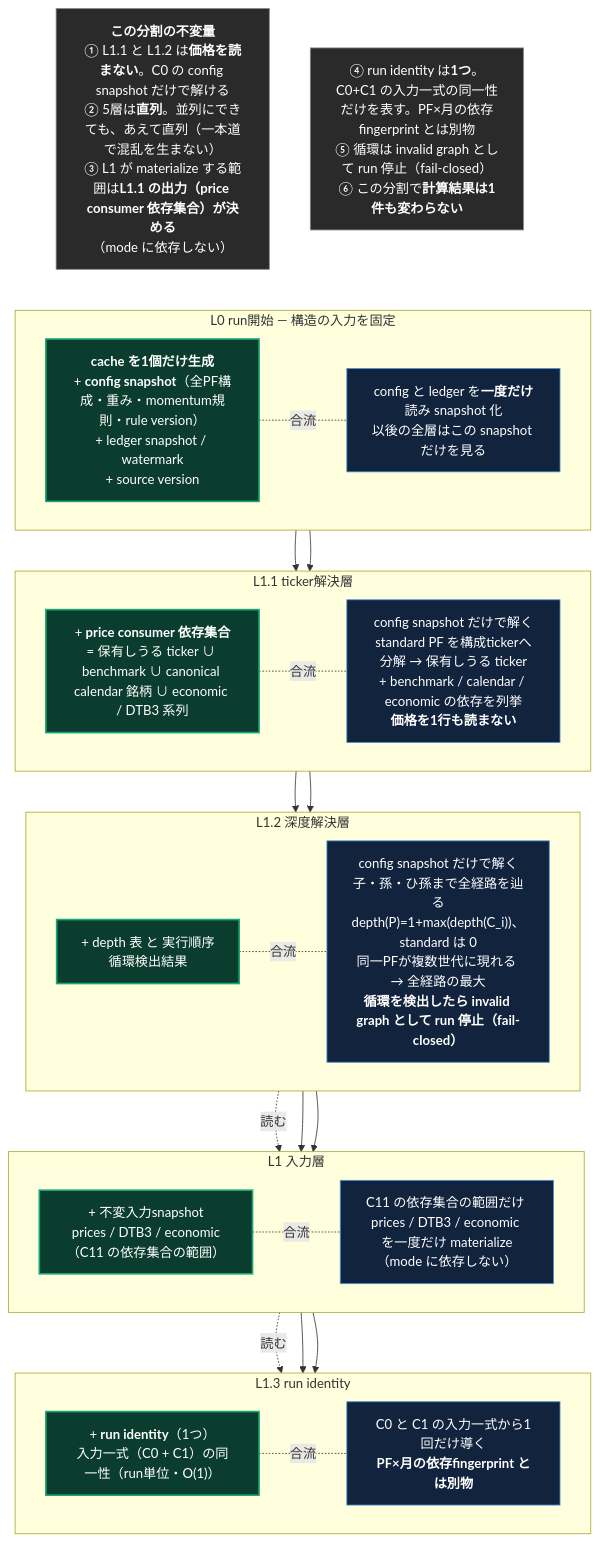
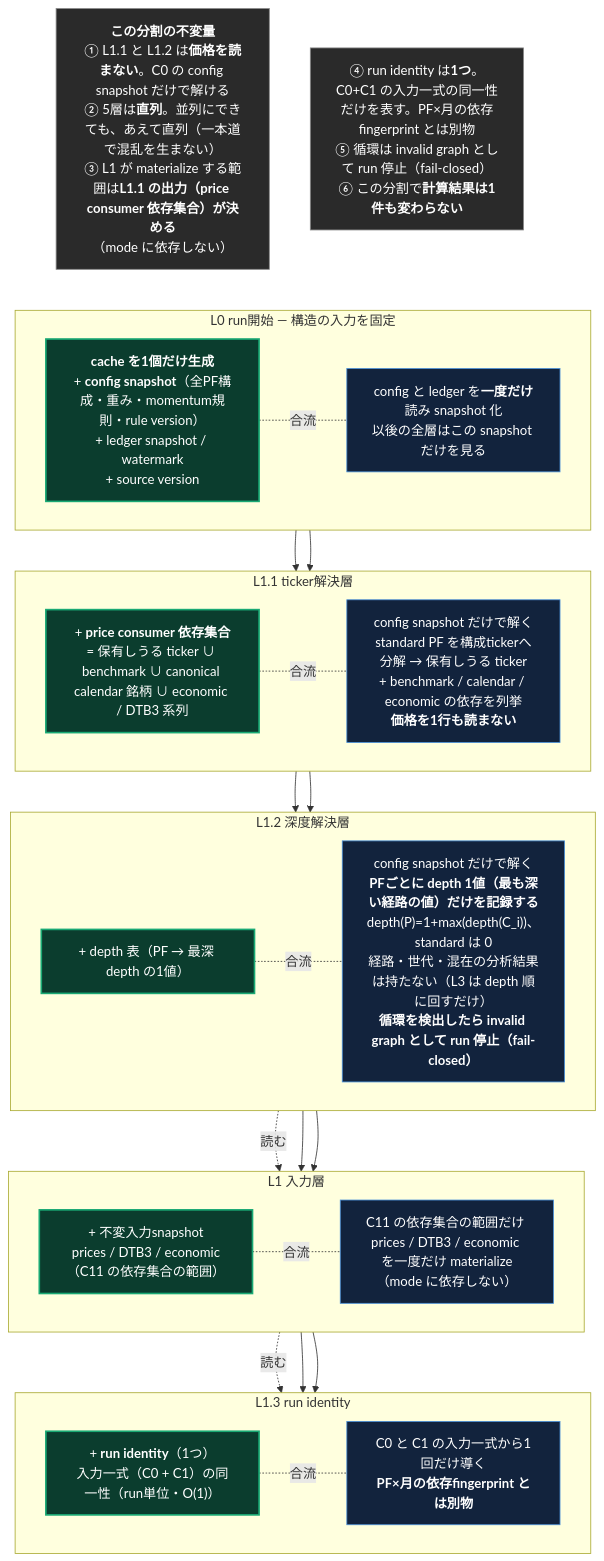
One commit to simokitafresh/multi-agent-shogun changed the diagram in docs/research/dm-l1-split-design_20260815.md. Above: the diagram before and after it, drawn with Mermaid. The commit also changed other lines of this file and 1 other file, not shown here.

````diff
--- a/docs/research/dm-l1-split-design_20260815.md
+++ b/docs/research/dm-l1-split-design_20260815.md
@@ -41,51 +41,51 @@
 ```mermaid
 flowchart TB
   classDef cache fill:#0b3d2e,stroke:#19a974,color:#ffffff,stroke-width:2px
   classDef calc fill:#12233d,stroke:#4a90d9,color:#ffffff
   classDef rule fill:#2a2a2a,stroke:#888888,color:#ffffff
 
   INV1["<b>この分割の不変量</b><br/>① L1.1 と L1.2 は<b>価格を読まない</b>。C0 の config snapshot だけで解ける<br/>② 5層は<b>直列</b>。並列にできても、あえて直列（一本道で混乱を生まない）<br/>③ L1 が materialize する範囲は<b>L1.1 の出力（price consumer 依存集合）が決める</b>（mode に依存しない）"]:::rule
   INV2["④ run identity は<b>1つ</b>。C0+C1 の入力一式の同一性だけを表す。PF×月の依存fingerprint とは別物<br/>⑤ 循環は invalid graph として run 停止（fail-closed）<br/>⑥ この分割で<b>計算結果は1件も変わらない</b>"]:::rule
 
   subgraph R0["L0 run開始 — 構造の入力を固定"]
     direction LR
     C0["<b>cache を1個だけ生成</b><br/>+ <b>config snapshot</b>（全PF構成・重み・momentum規則・rule version）<br/>+ ledger snapshot / watermark<br/>+ source version"]:::cache
     X0["config と ledger を<b>一度だけ</b>読み snapshot 化<br/>以後の全層はこの snapshot だけを見る"]:::calc
     C0 <-.-|"合流"| X0
   end
 
   subgraph R11["L1.1 ticker解決層"]
     direction LR
     C11["+ <b>price consumer 依存集合</b><br/>= 保有しうる ticker ∪ benchmark ∪ canonical calendar 銘柄 ∪ economic / DTB3 系列"]:::cache
     X11["config snapshot だけで解く<br/>standard PF を構成tickerへ分解 → 保有しうる ticker<br/>+ benchmark / calendar / economic の依存を列挙<br/><b>価格を1行も読まない</b>"]:::calc
     C11 <-.-|"合流"| X11
   end
 
   subgraph R12["L1.2 深度解決層"]
     direction LR
-    C12["+ depth 表 と 実行順序<br/>循環検出結果"]:::cache
-    X12["config snapshot だけで解く<br/>子・孫・ひ孫まで全経路を辿る<br/>depth(P)=1+max(depth(C_i))、standard は 0<br/>同一PFが複数世代に現れる → 全経路の最大<br/><b>循環を検出したら invalid graph として run 停止（fail-closed）</b>"]:::calc
+    C12["+ depth 表（PF → 最深 depth の1値）"]:::cache
+    X12["config snapshot だけで解く<br/><b>PFごとに depth 1値（最も深い経路の値）だけを記録する</b><br/>depth(P)=1+max(depth(C_i))、standard は 0<br/>経路・世代・混在の分析結果は持たない（L3 は depth 順に回すだけ）<br/><b>循環を検出したら invalid graph として run 停止（fail-closed）</b>"]:::calc
     C12 <-.-|"合流"| X12
   end
 
   subgraph R1["L1 入力層"]
     direction LR
     C1["+ 不変入力snapshot<br/>prices / DTB3 / economic（C11 の依存集合の範囲）"]:::cache
     X1["C11 の依存集合の範囲だけ prices / DTB3 / economic を一度だけ materialize（mode に依存しない）"]:::calc
     C12 -.->|"読む"| X1
     C1 <-.-|"合流"| X1
   end
 
   subgraph R13["L1.3 run identity"]
     direction LR
     C13["+ <b>run identity</b>（1つ）<br/>入力一式（C0 + C1）の同一性（run単位・O(1)）"]:::cache
     X13["C0 と C1 の入力一式から1回だけ導く<br/><b>PF×月の依存fingerprint とは別物</b>"]:::calc
     C1 -.->|"読む"| X13
     C13 <-.-|"合流"| X13
   end
 
   INV1 ~~~ R0
   INV2 ~~~ R0
   C0 --> C11 --> C12 --> C1 --> C13
   X0 --> X11 --> X12 --> X1 --> X13
 ```
````
